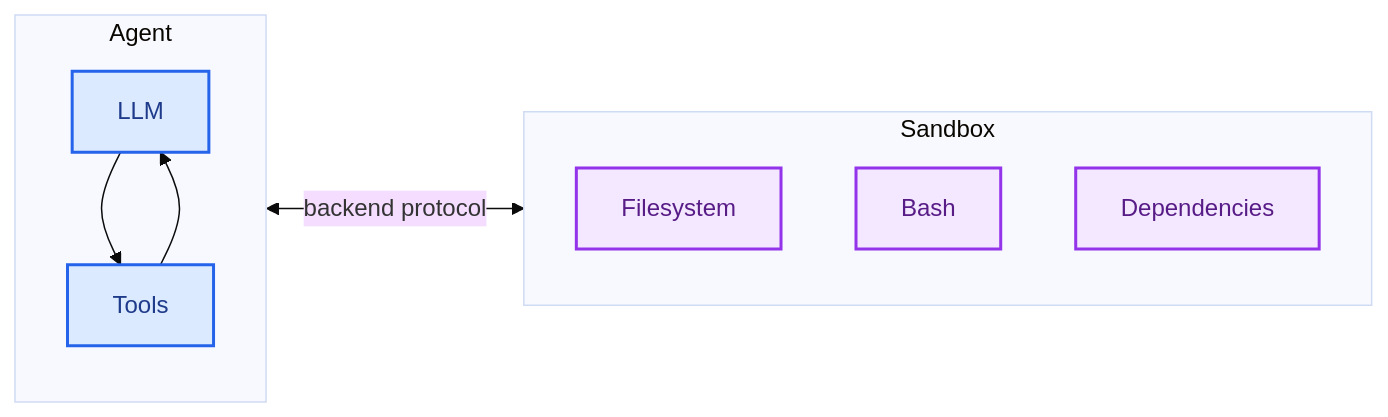
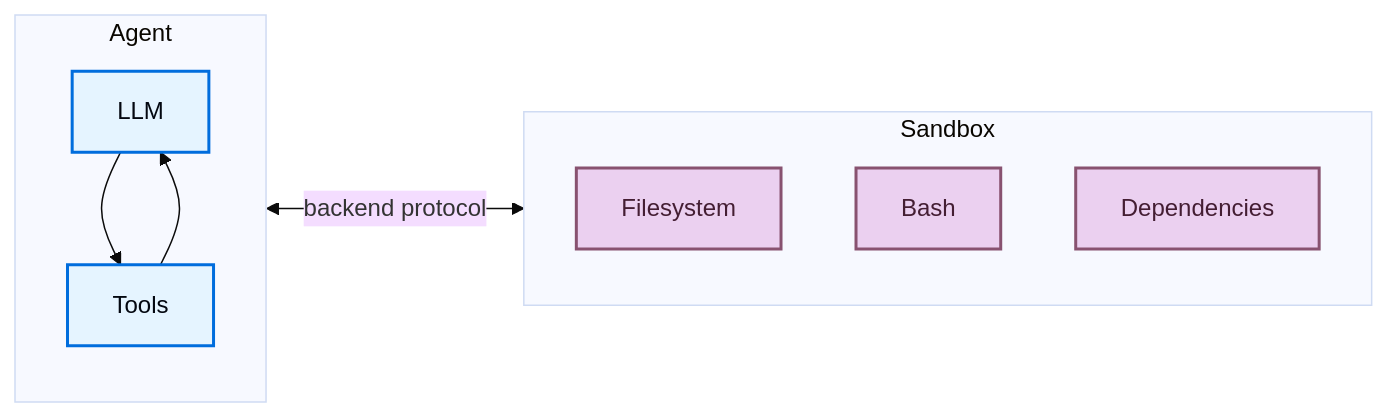
One commit to kunfan96/cndocs-langchain changed the first of 3 diagrams in oss/javascript/deepagents/sandboxes.mdx. Above: the diagram before and after it, drawn with Mermaid (base theme). The commit also changed other lines of this file and 2538 other files, not shown here.

````diff
--- a/oss/javascript/deepagents/sandboxes.mdx
+++ b/oss/javascript/deepagents/sandboxes.mdx
@@ -18,21 +18,21 @@
 ```mermaid
 graph LR
     subgraph Agent
         LLM --> Tools
         Tools --> LLM
     end
 
     Agent <-- backend protocol --> Sandbox
 
     subgraph Sandbox
         Filesystem
         Bash
         Dependencies
     end
 
-    classDef process fill:#DBEAFE,stroke:#2563EB,stroke-width:2px,color:#1E3A8A
-    classDef output fill:#F3E8FF,stroke:#9333EA,stroke-width:2px,color:#581C87
+    classDef process fill:#E5F4FF,stroke:#006DDD,stroke-width:2px,color:#030710
+    classDef output fill:#EBD0F0,stroke:#885270,stroke-width:2px,color:#441E33
 
     class LLM,Tools process
     class Filesystem,Bash,Dependencies output
 ```
````
